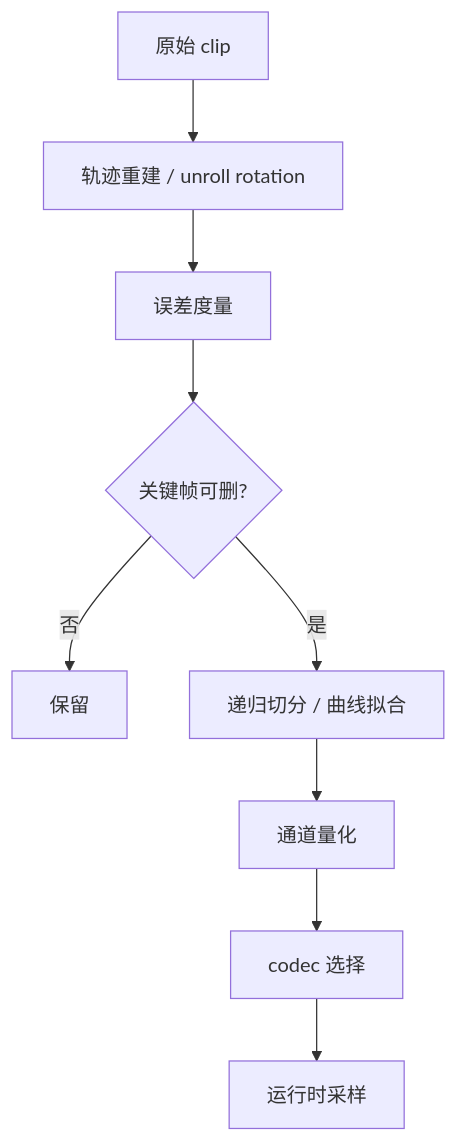
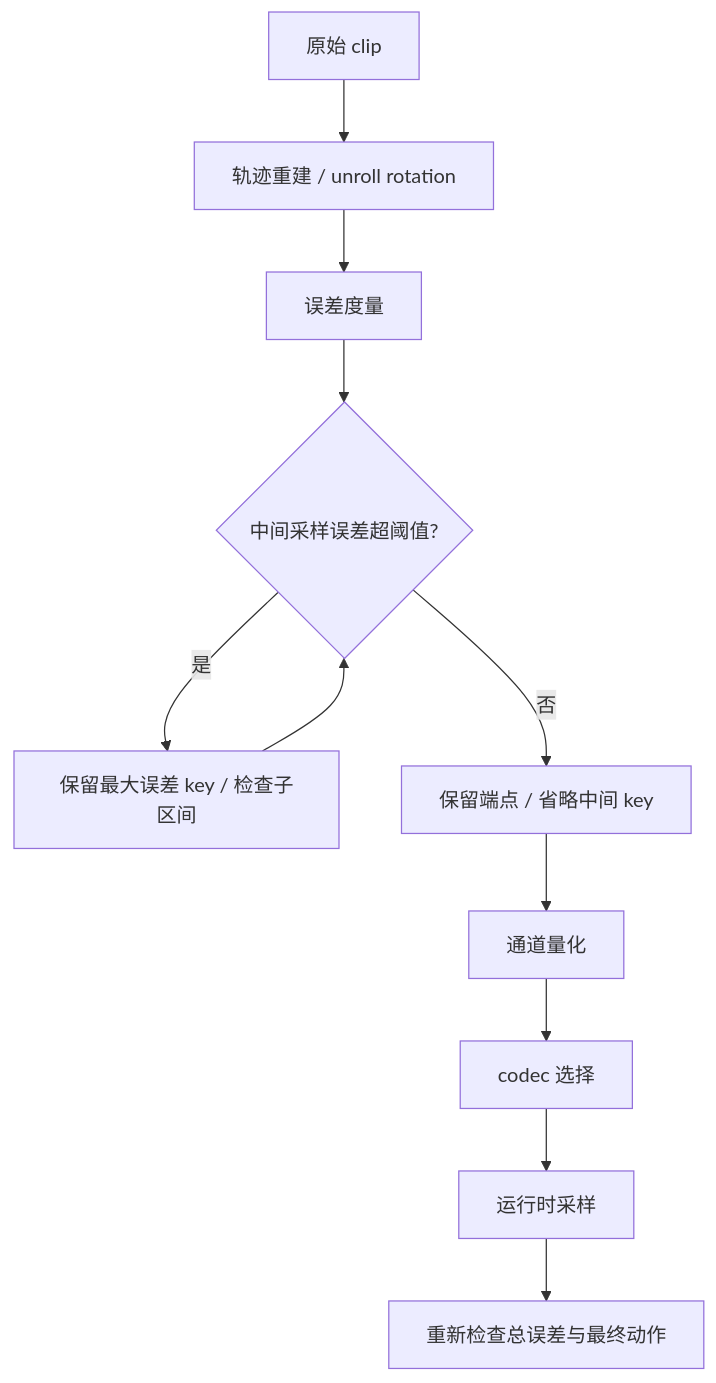
The second of 3 diagrams in content/system-design/algorithms/algo-11-animation-compression.md (TwoEggDu/twoegg-tech-stack), drawn with Mermaid before and after one commit. The commit also changed other lines of this file and 22 other files, not shown here.

````diff
--- a/content/system-design/algorithms/algo-11-animation-compression.md
+++ b/content/system-design/algorithms/algo-11-animation-compression.md
@@ -145,11 +150,13 @@
 ```mermaid
 flowchart TD
     A[原始 clip] --> B[轨迹重建 / unroll rotation]
     B --> C[误差度量]
-    C --> D{关键帧可删?}
-    D -->|否| E[保留]
-    D -->|是| F[递归切分 / 曲线拟合]
+    C --> D{中间采样误差超阈值?}
+    D -->|是| E[保留最大误差 key / 检查子区间]
+    E --> D
+    D -->|否| F[保留端点 / 省略中间 key]
     F --> G[通道量化]
     G --> H[codec 选择]
     H --> I[运行时采样]
+    I --> J[重新检查总误差与最终动作]
 ```
````
